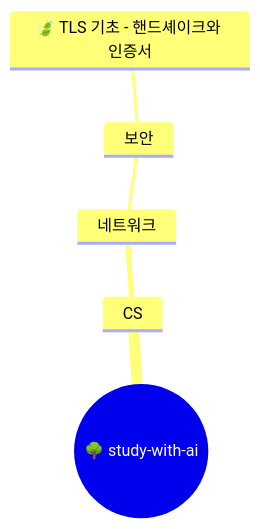
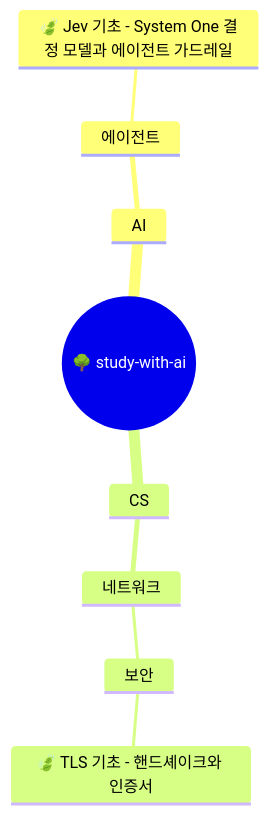
One commit to Jeff-Jins/study-with-ai changed the diagram in README.md. Above: the diagram before and after it, drawn with Mermaid. The commit also changed other lines of this file and 1 other file, not shown here.

Commit message:
🍃 grow: AI / 에이전트 / Jev 기초 - System One 결정 모델과 에이전트 가드레일

````diff
--- a/README.md
+++ b/README.md
@@ -11,8 +11,11 @@
 ```mermaid
 mindmap
   root((🌳 study-with-ai))
+    AI
+      에이전트
+        🍃 Jev 기초 - System One 결정 모델과 에이전트 가드레일
     CS
       네트워크
         보안
           🍃 TLS 기초 - 핸드셰이크와 인증서
 ```
````
